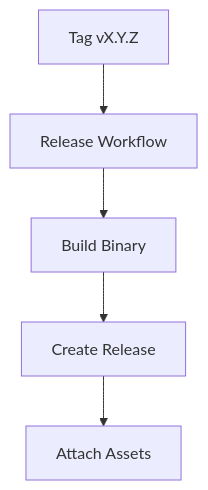
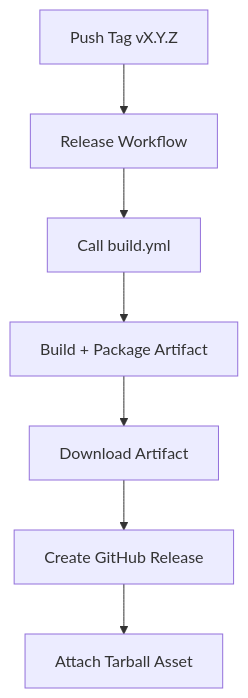
The second of 2 diagrams in docs/ci-cd.md (urwithajit9/aargal), drawn with Mermaid before and after one commit. The commit also changed other lines of this file and 1 other file, not shown here.

Commit message:
Docs - updated the ci-cd.md and installation.md with newly modified build and installation

````diff
--- a/docs/ci-cd.md
+++ b/docs/ci-cd.md
@@ -35,7 +101,9 @@
 ```mermaid
 flowchart TD
-    A[Tag vX.Y.Z] --> B[Release Workflow]
-    B --> C[Build Binary]
-    C --> D[Create Release]
-    D --> E[Attach Assets]
+    A[Push Tag vX.Y.Z] --> B[Release Workflow]
+    B --> C[Call build.yml]
+    C --> D[Build + Package Artifact]
+    D --> E[Download Artifact]
+    E --> F[Create GitHub Release]
+    F --> G[Attach Tarball Asset]
 ```
````
